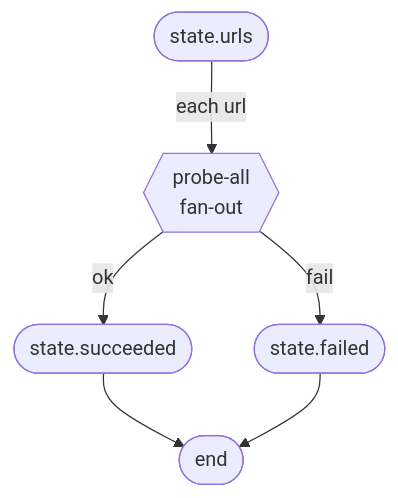
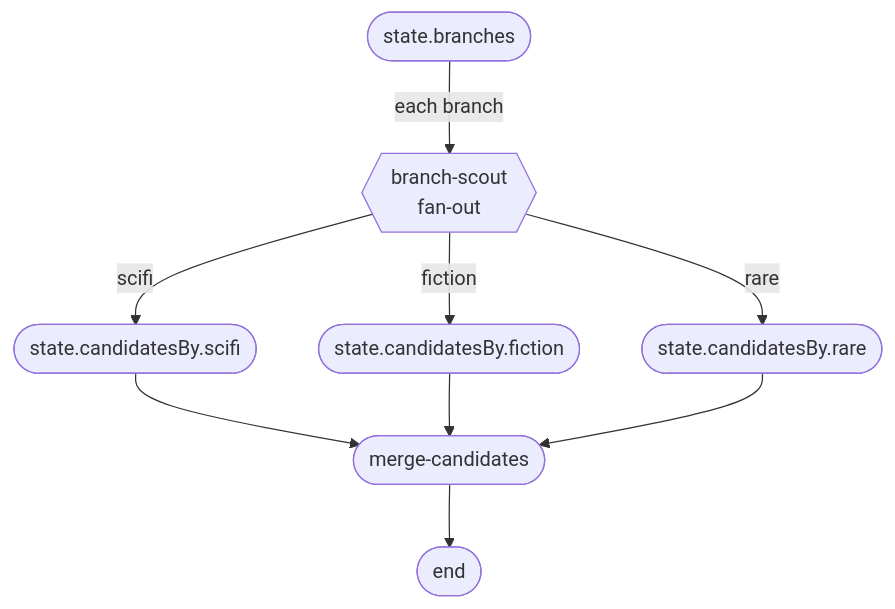
One commit to Studnicky/Dagonizer changed the diagram in docs/examples/02-fanout.md. Above: the diagram before and after it, drawn with Mermaid. The commit also changed other lines of this file and 113 other files, not shown here.

First line of the commit message:
feat(archivist): multi-source fan-out, JSON-LD DAG, per-node timeouts

````diff
--- a/docs/examples/02-fanout.md
+++ b/docs/examples/02-fanout.md
@@ -7,13 +12,18 @@
 ```mermaid
 flowchart TB
-  start([state.urls])
-  fan{{probe-all\nfan-out}}
-  succeeded([state.succeeded])
-  failed([state.failed])
+  start([state.branches])
+  fan{{branch-scout\nfan-out}}
+  scifi([state.candidatesBy.scifi])
+  fiction([state.candidatesBy.fiction])
+  rare([state.candidatesBy.rare])
+  merge([merge-candidates])
   END([end])
-  start -->|each url| fan
-  fan -->|ok| succeeded
-  fan -->|fail| failed
-  succeeded --> END
-  failed --> END
+  start -->|each branch| fan
+  fan -->|scifi| scifi
+  fan -->|fiction| fiction
+  fan -->|rare| rare
+  scifi --> merge
+  fiction --> merge
+  rare --> merge
+  merge --> END
 ```
````
